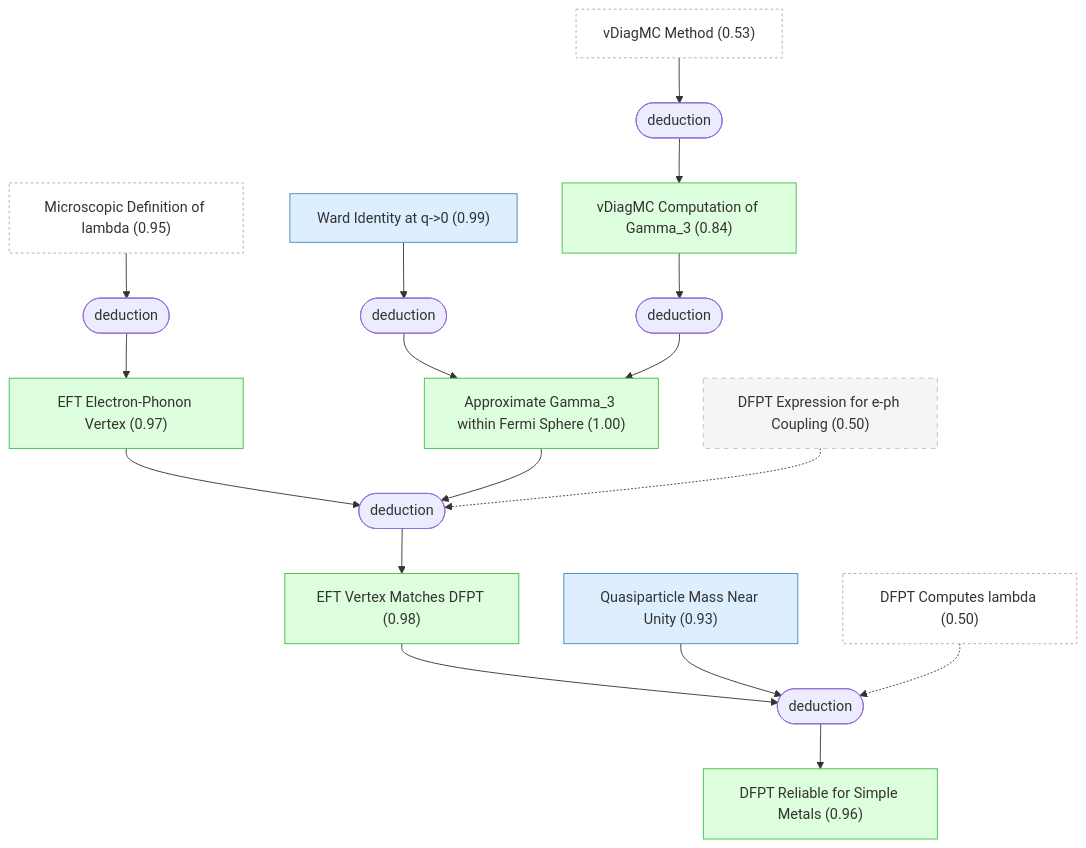
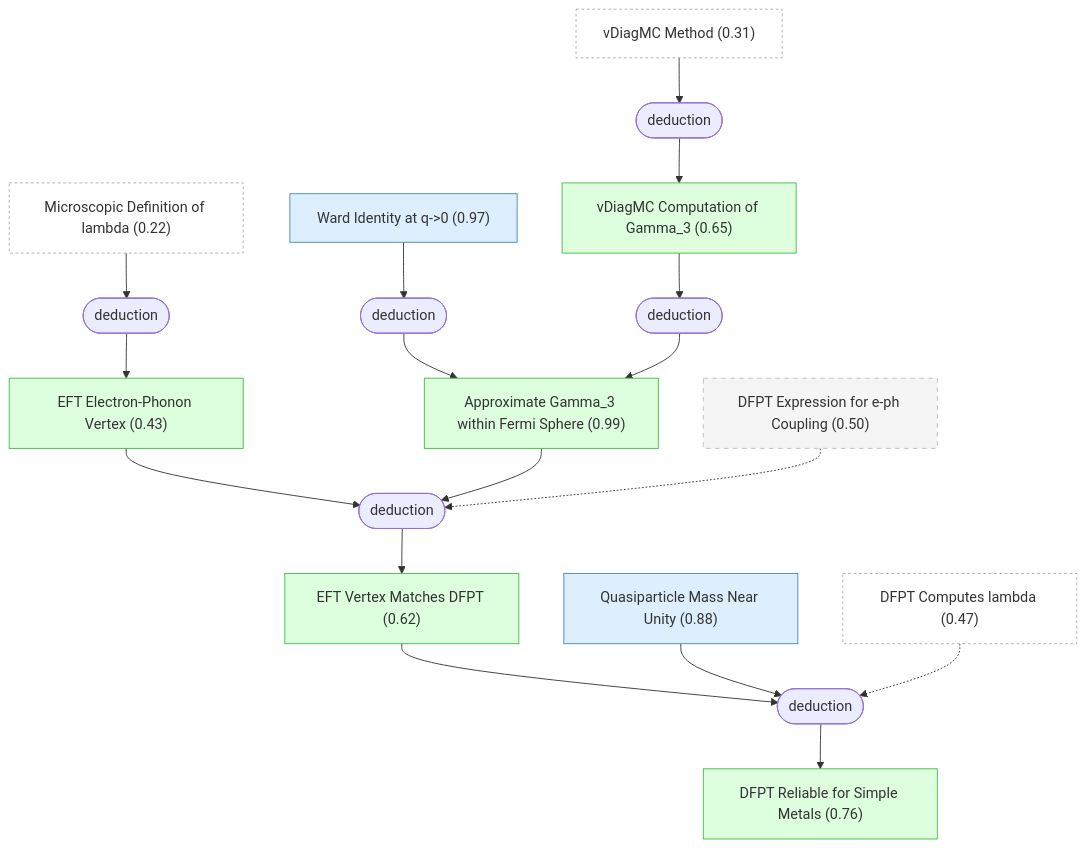
Before and after one commit to kunyuan/SuperconductivityElectronLiquids.gaia: the fifth of 6 diagrams in docs/detailed-reasoning.md, drawn with Mermaid. The commit also changed other lines of this file and 21 other files, not shown here.

````diff
--- a/docs/detailed-reasoning.md
+++ b/docs/detailed-reasoning.md
@@ -614,46 +619,46 @@
 ```mermaid
 graph TD
-    dfpt_computes_lambda["DFPT Computes lambda (0.50)"]:::external
-    lambda_microscopic_definition["Microscopic Definition of lambda (0.95)"]:::external
-    vdiagmc_method["vDiagMC Method (0.53)"]:::external
-    ward_identity["Ward Identity at q->0 (0.99)"]:::premise
-    gamma3_vdiagmc["vDiagMC Computation of Gamma_3 (0.84)"]:::derived
+    dfpt_computes_lambda["DFPT Computes lambda (0.47)"]:::external
+    lambda_microscopic_definition["Microscopic Definition of lambda (0.22)"]:::external
+    vdiagmc_method["vDiagMC Method (0.31)"]:::external
+    ward_identity["Ward Identity at q->0 (0.97)"]:::premise
+    gamma3_vdiagmc["vDiagMC Computation of Gamma_3 (0.65)"]:::derived
     dfpt_eph_ansatz["DFPT Expression for e-ph Coupling (0.50)"]:::background
-    quasiparticle_mass_near_unity["Quasiparticle Mass Near Unity (0.93)"]:::premise
-    eft_eph_vertex["EFT Electron-Phonon Vertex (0.97)"]:::derived
-    gamma3_approximation["Approximate Gamma_3 within Fermi Sphere (1.00)"]:::derived
-    eft_vertex_matches_dfpt["EFT Vertex Matches DFPT (0.98)"]:::derived
-    dfpt_reliable_for_simple_metals["DFPT Reliable for Simple Metals (0.96)"]:::derived
-    strat_13(["deduction"])
-    vdiagmc_method --> strat_13
-    strat_13 --> gamma3_vdiagmc
-    strat_14(["deduction"])
-    lambda_microscopic_definition --> strat_14
-    strat_14 --> eft_eph_vertex
+    quasiparticle_mass_near_unity["Quasiparticle Mass Near Unity (0.88)"]:::premise
+    eft_eph_vertex["EFT Electron-Phonon Vertex (0.43)"]:::derived
+    gamma3_approximation["Approximate Gamma_3 within Fermi Sphere (0.99)"]:::derived
+    eft_vertex_matches_dfpt["EFT Vertex Matches DFPT (0.62)"]:::derived
+    dfpt_reliable_for_simple_metals["DFPT Reliable for Simple Metals (0.76)"]:::derived
     strat_15(["deduction"])
-    ward_identity --> strat_15
-    strat_15 --> gamma3_approximation
+    vdiagmc_method --> strat_15
+    strat_15 --> gamma3_vdiagmc
     strat_16(["deduction"])
-    gamma3_vdiagmc --> strat_16
-    strat_16 --> gamma3_approximation
+    lambda_microscopic_definition --> strat_16
+    strat_16 --> eft_eph_vertex
     strat_17(["deduction"])
-    eft_eph_vertex --> strat_17
-    gamma3_approximation --> strat_17
-    dfpt_eph_ansatz -.-> strat_17
-    strat_17 --> eft_vertex_matches_dfpt
+    ward_identity --> strat_17
+    strat_17 --> gamma3_approximation
     strat_18(["deduction"])
-    eft_vertex_matches_dfpt --> strat_18
-    quasiparticle_mass_near_unity --> strat_18
-    dfpt_computes_lambda -.-> strat_18
-    strat_18 --> dfpt_reliable_for_simple_metals
+    gamma3_vdiagmc --> strat_18
+    strat_18 --> gamma3_approximation
+    strat_19(["deduction"])
+    eft_eph_vertex --> strat_19
+    gamma3_approximation --> strat_19
+    dfpt_eph_ansatz -.-> strat_19
+    strat_19 --> eft_vertex_matches_dfpt
+    strat_20(["deduction"])
+    eft_vertex_matches_dfpt --> strat_20
+    quasiparticle_mass_near_unity --> strat_20
+    dfpt_computes_lambda -.-> strat_20
+    strat_20 --> dfpt_reliable_for_simple_metals
 
     classDef note fill:#f0f0f0,stroke:#999,color:#333
     classDef premise fill:#ddeeff,stroke:#4488bb,color:#333
     classDef derived fill:#ddffdd,stroke:#44bb44,color:#333
     classDef question fill:#fff3dd,stroke:#cc9944,color:#333
     classDef background fill:#f5f5f5,stroke:#bbb,stroke-dasharray: 5 5,color:#333
     classDef orphan fill:#fff,stroke:#ccc,stroke-dasharray: 5 5,color:#333
     classDef external fill:#fff,stroke:#aaa,stroke-dasharray: 3 3,color:#333
     classDef weak fill:#fff9c4,stroke:#f9a825,stroke-dasharray: 5 5,color:#333
     classDef contra fill:#ffebee,stroke:#c62828,color:#333
 ```
````
